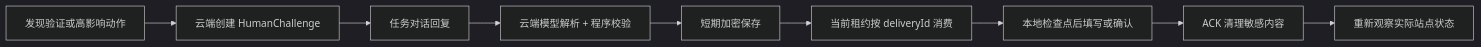
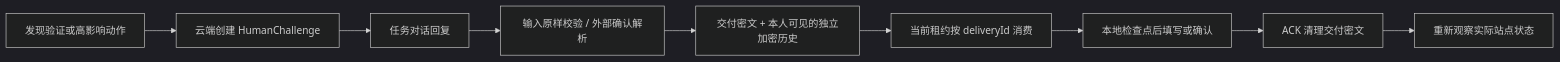
Before and after one commit to zhangheng2022/taskrelay: the third of 4 diagrams in docs/ARCHITECTURE.md, drawn with Mermaid (dark theme). The commit also changed other lines of this file and 104 other files, not shown here.

````diff
--- a/docs/ARCHITECTURE.md
+++ b/docs/ARCHITECTURE.md
@@ -185,11 +263,11 @@
 ```mermaid
 flowchart LR
   A[发现验证或高影响动作] --> B[云端创建 HumanChallenge]
   B --> C[任务对话回复]
-  C --> D[云端模型解析 + 程序校验]
-  D --> E[短期加密保存]
+  C --> D[输入原样校验 / 外部确认解析]
+  D --> E[交付密文 + 本人可见的独立加密历史]
   E --> F[当前租约按 deliveryId 消费]
   F --> G[本地检查点后填写或确认]
-  G --> H[ACK 清理敏感内容]
+  G --> H[ACK 清理交付密文]
   H --> I[重新观察实际站点状态]
 ```
````
